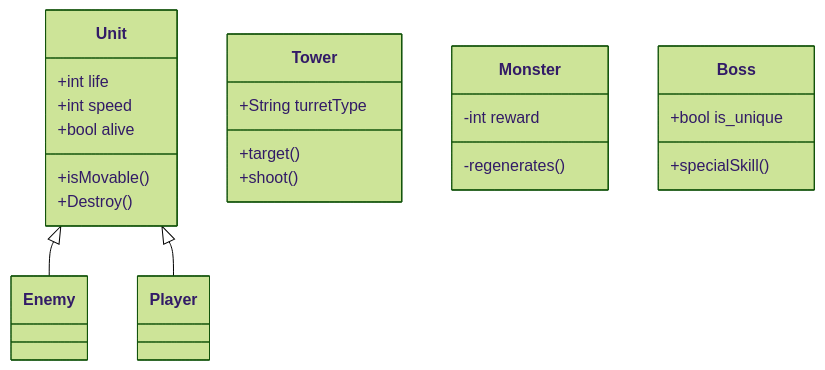
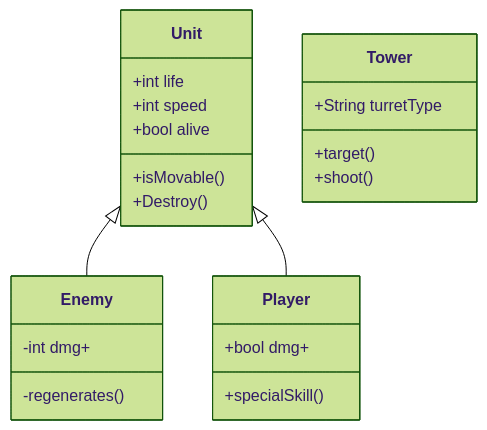
The second of 2 diagrams in README.md (j5x/PvB2025), drawn with Mermaid (forest theme) before and after one commit.

````diff
--- a/README.md
+++ b/README.md
@@ -73,24 +73,24 @@
 ```mermaid
 classDiagram
 
 Unit <|-- Enemy
 Unit <|-- Player
 Unit : +int life
 Unit : +int speed
 Unit : +bool alive
 Unit: +isMovable()
 Unit: +Destroy()
 class Tower{
 +String turretType
 +target()
 +shoot()
 }
-class Monster{
--int reward
+class Enemy{
+-int dmg+
 -regenerates()
 }
-class Boss{
-+bool is_unique
+class Player{
++bool dmg+
 +specialSkill()
 }
 ```
````
